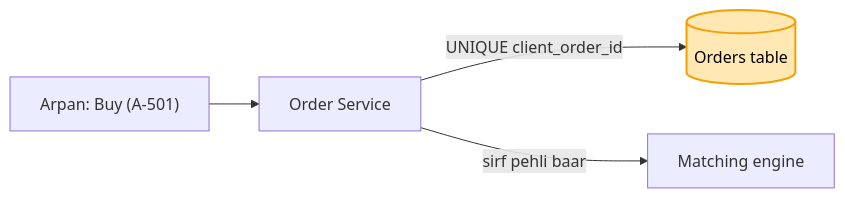
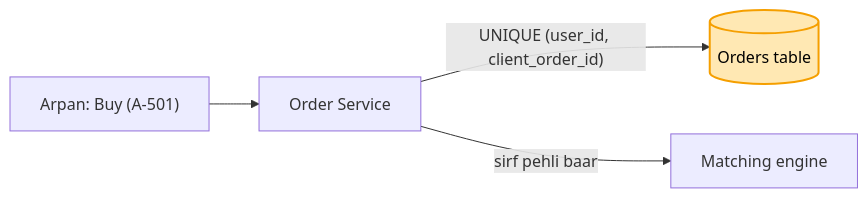
The second of 8 diagrams in 04_HLD/SYSTEM_DESIGNS/05_stock_broker_trading/05_stock_broker_trading.md (ArpanMaheshwari144/Prep), drawn with Mermaid before and after one commit. The commit also changed other lines of this file and 18 other files, not shown here.

Commit message:
HLD: Fable audit ke sudhaar - rate limiter kadam 8 (Arpan ka login faisla main ilaaj), DB kaunsa jagah, bekaar copy lines, client_order_id, Postgres, notes ke ghane para tod, AWS pe lines

````diff
--- a/04_HLD/SYSTEM_DESIGNS/05_stock_broker_trading/05_stock_broker_trading.md
+++ b/04_HLD/SYSTEM_DESIGNS/05_stock_broker_trading/05_stock_broker_trading.md
@@ -109,7 +111,7 @@
 ```mermaid
 flowchart LR
     U["Arpan: Buy (A-501)"] --> O["Order Service"]
-    O -- "UNIQUE client_order_id" --> T[("Orders table")]
+    O -- "UNIQUE (user_id, client_order_id)" --> T[("Orders table")]
     O -- "sirf pehli baar" --> M["Matching engine"]
     style T fill:#ffe8b3,stroke:#f59f00,stroke-width:2px,color:#000
 ```
````
